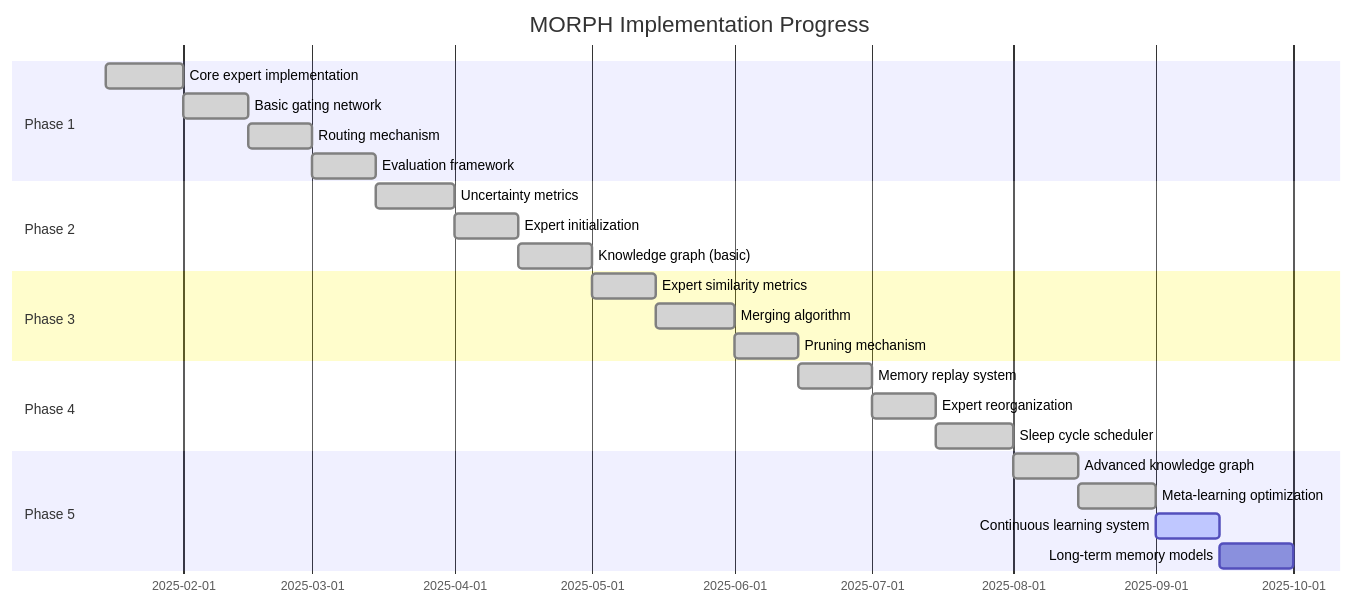
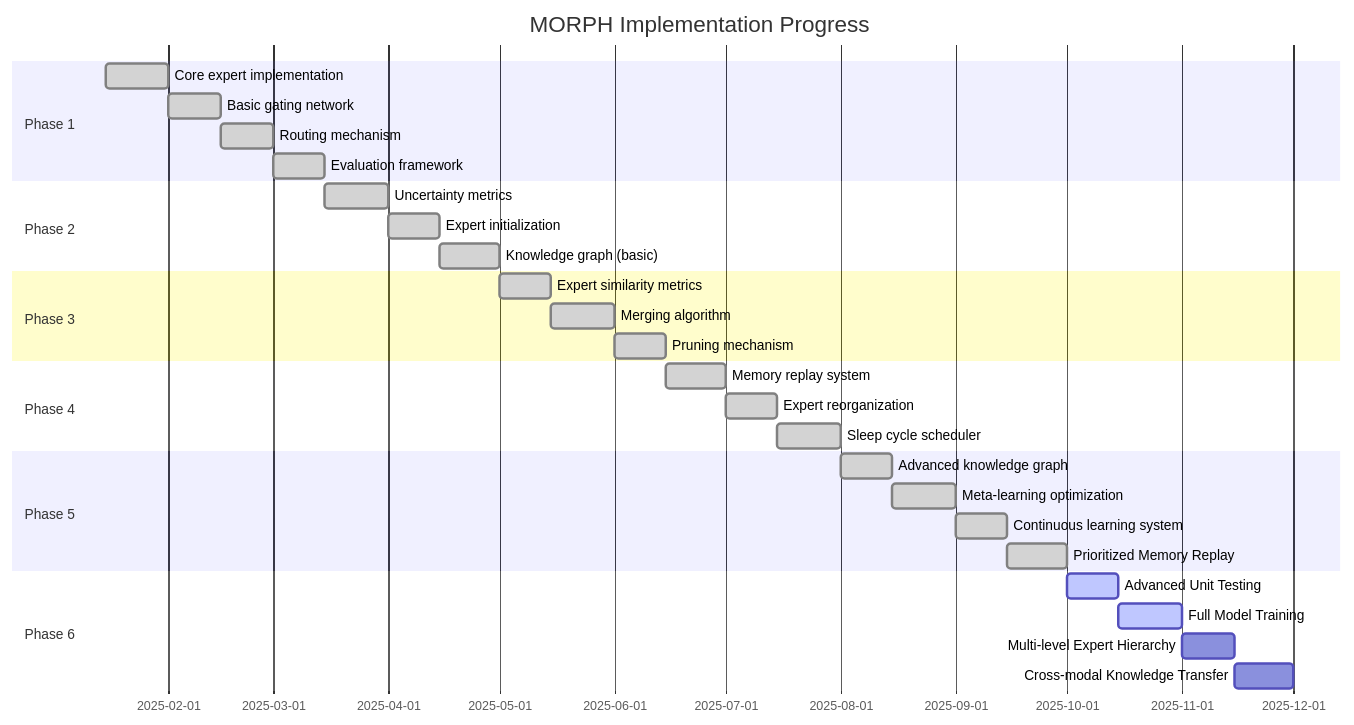
The second of 3 diagrams in README.md (BerkZerker/Project-MORPH), drawn with Mermaid before and after one commit. The commit also changed other lines of this file and 1 other file, not shown here.

````diff
--- a/README.md
+++ b/README.md
@@ -131,32 +131,38 @@
 ```mermaid
 gantt
     title MORPH Implementation Progress
     dateFormat YYYY-MM-DD
     
     section Phase 1
     Core expert implementation   :done, p1_1, 2025-01-15, 2025-02-01
     Basic gating network         :done, p1_2, 2025-02-01, 2025-02-15
     Routing mechanism            :done, p1_3, 2025-02-15, 2025-03-01
     Evaluation framework         :done, p1_4, 2025-03-01, 2025-03-15
     
     section Phase 2
     Uncertainty metrics          :done, p2_1, 2025-03-15, 2025-04-01
     Expert initialization        :done, p2_2, 2025-04-01, 2025-04-15
     Knowledge graph (basic)      :done, p2_3, 2025-04-15, 2025-05-01
     
     section Phase 3
     Expert similarity metrics    :done, p3_1, 2025-05-01, 2025-05-15
     Merging algorithm            :done, p3_2, 2025-05-15, 2025-06-01
     Pruning mechanism            :done, p3_3, 2025-06-01, 2025-06-15
     
     section Phase 4
     Memory replay system         :done, p4_1, 2025-06-15, 2025-07-01
     Expert reorganization        :done, p4_2, 2025-07-01, 2025-07-15
     Sleep cycle scheduler        :done, p4_3, 2025-07-15, 2025-08-01
     
     section Phase 5
     Advanced knowledge graph     :done, p5_1, 2025-08-01, 2025-08-15
     Meta-learning optimization   :done, p5_2, 2025-08-15, 2025-09-01
-    Continuous learning system   :active, p5_3, 2025-09-01, 2025-09-15
-    Long-term memory models      :p5_4, 2025-09-15, 2025-10-01
+    Continuous learning system   :done, p5_3, 2025-09-01, 2025-09-15
+    Prioritized Memory Replay    :done, p5_4, 2025-09-15, 2025-10-01
+    
+    section Phase 6
+    Advanced Unit Testing        :active, p6_1, 2025-10-01, 2025-10-15
+    Full Model Training         :active, p6_2, 2025-10-15, 2025-11-01
+    Multi-level Expert Hierarchy:p6_3, 2025-11-01, 2025-11-15
+    Cross-modal Knowledge Transfer:p6_4, 2025-11-15, 2025-12-01
 ```
````
